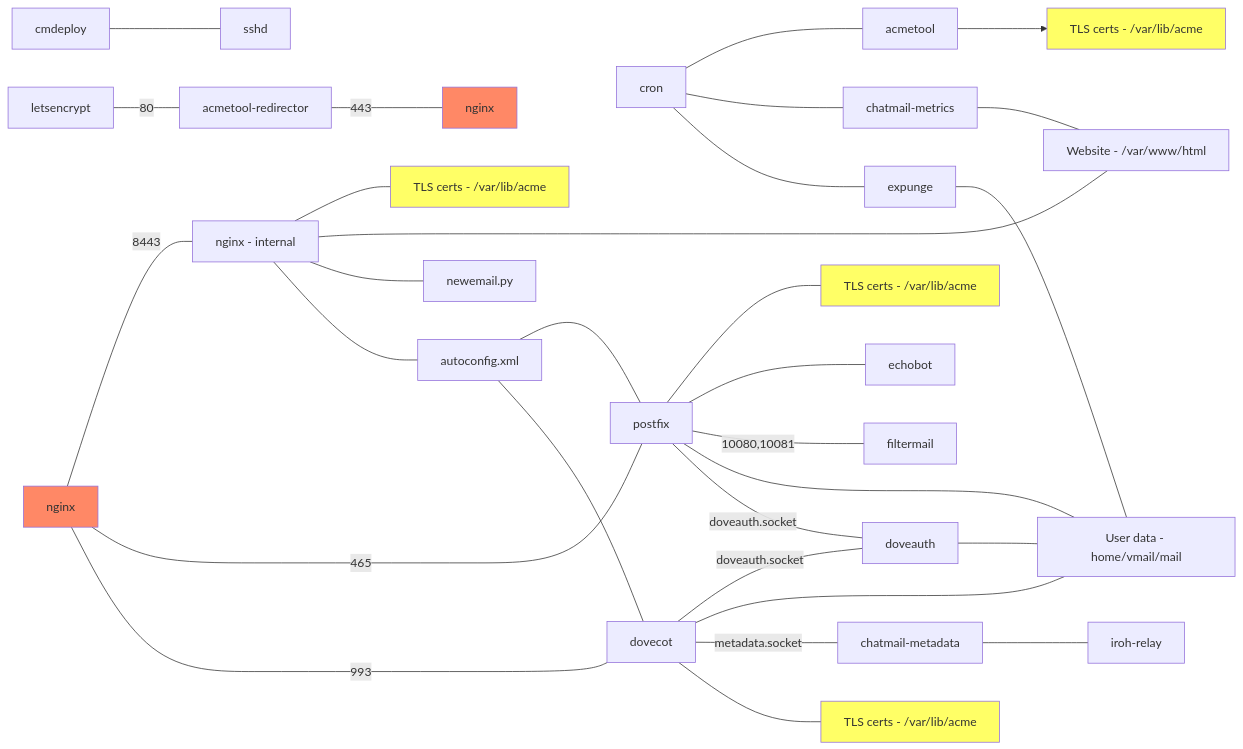
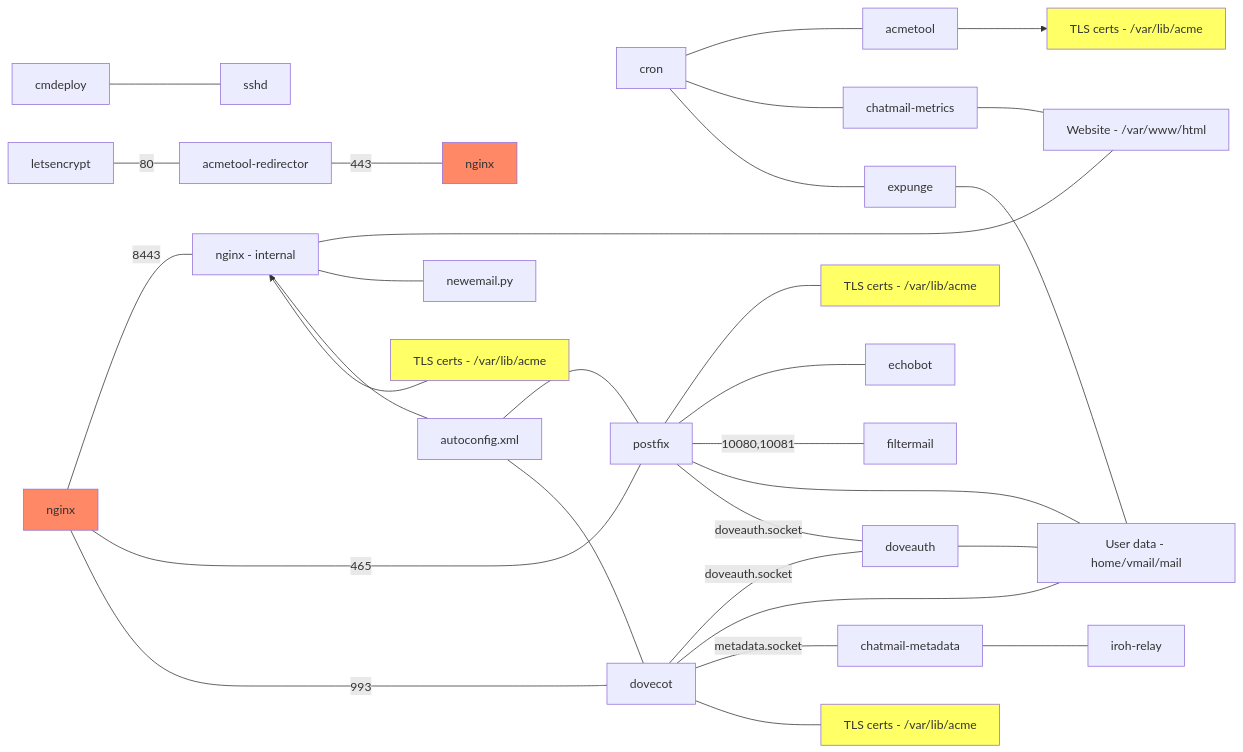
Before and after one commit to cliffmccarthy/chatmail-relay: the diagram in ARCHITECTURE.md, drawn with Mermaid.

Commit message:
Create backwards arrows with this one weird trick!

````diff
--- a/ARCHITECTURE.md
+++ b/ARCHITECTURE.md
@@ -4,38 +4,39 @@
 ```mermaid
 graph LR;
     cmdeploy --- sshd;
     letsencrypt --- |80|acmetool-redirector;
     acmetool-redirector --- |443|nginx-right[nginx];
     nginx --- |8443|nginx-internal[nginx - internal];
-    nginx-internal --- certs-nginx[TLS certs - /var/lib/acme];
+    nginx-internal ~~~ certs-nginx[TLS certs - /var/lib/acme] --> nginx-internal;
+    certs-nginx ~~~ nginx-internal;
     nginx-internal --- website[Website - /var/www/html];
     nginx-internal --- newemail.py;
     nginx-internal --- autoconfig.xml;
     cron --- acmetool;
     cron --- chatmail-metrics;
     cron --- expunge;
     chatmail-metrics --- website;
     acmetool --> certs[TLS certs - /var/lib/acme];
     nginx --- |465|postfix;
     nginx --- |993|dovecot;
     autoconfig.xml --- postfix;
     autoconfig.xml --- dovecot;
     postfix --- certs-postfix[TLS certs - /var/lib/acme];
     postfix --- echobot;
     postfix --- |10080,10081|filtermail;
     postfix --- users[User data - home/vmail/mail];
     postfix --- |doveauth.socket|doveauth;
     dovecot --- |doveauth.socket|doveauth;
     dovecot --- users;
     dovecot --- |metadata.socket|chatmail-metadata;
     dovecot --- certs-dovecot[TLS certs - /var/lib/acme];
     doveauth --- users;
     expunge --- users;
     chatmail-metadata --- iroh-relay;
     style certs fill:#ff6;
     style certs-nginx fill:#ff6;
     style certs-postfix fill:#ff6;
     style certs-dovecot fill:#ff6;
     style nginx fill:#f86;
     style nginx-right fill:#f86;
 ```
````
